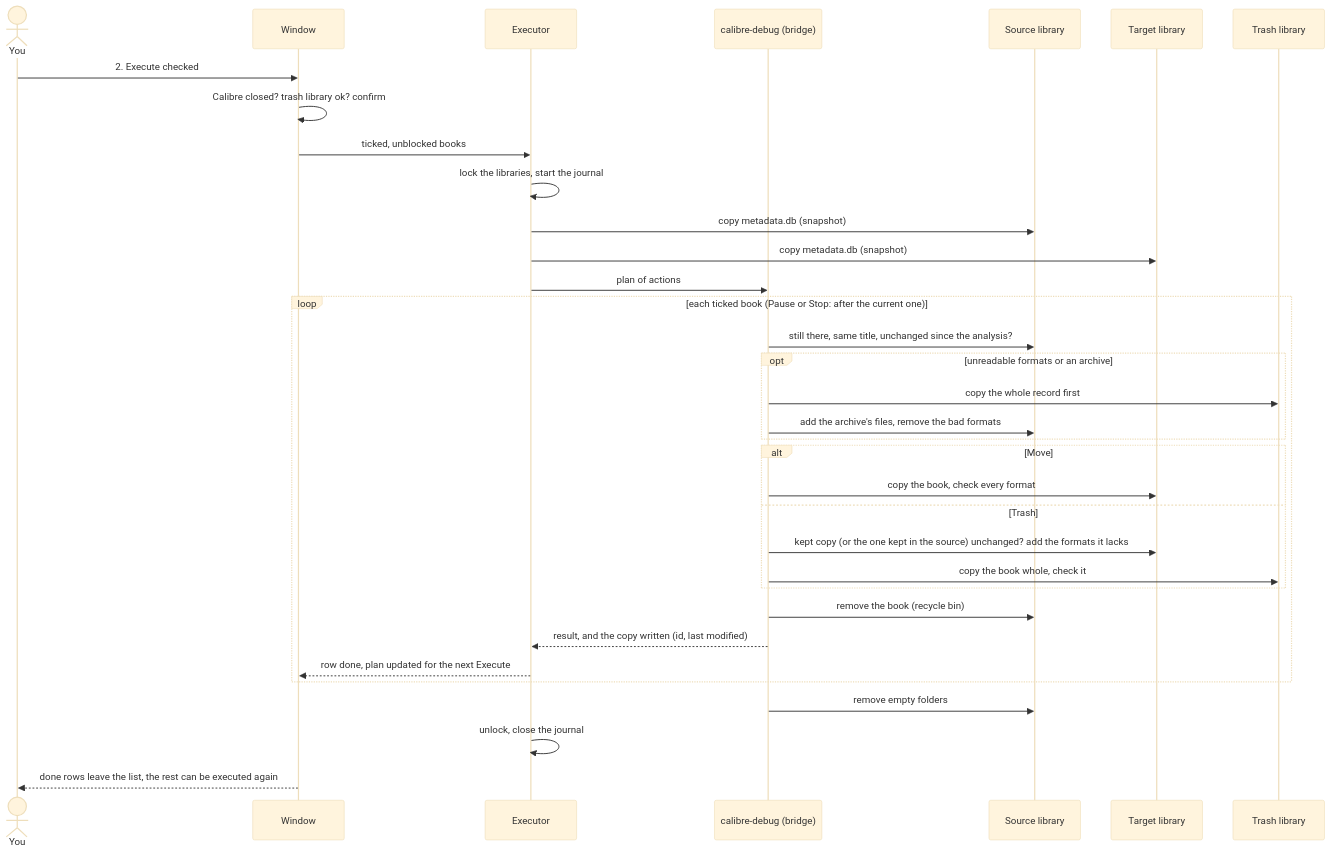
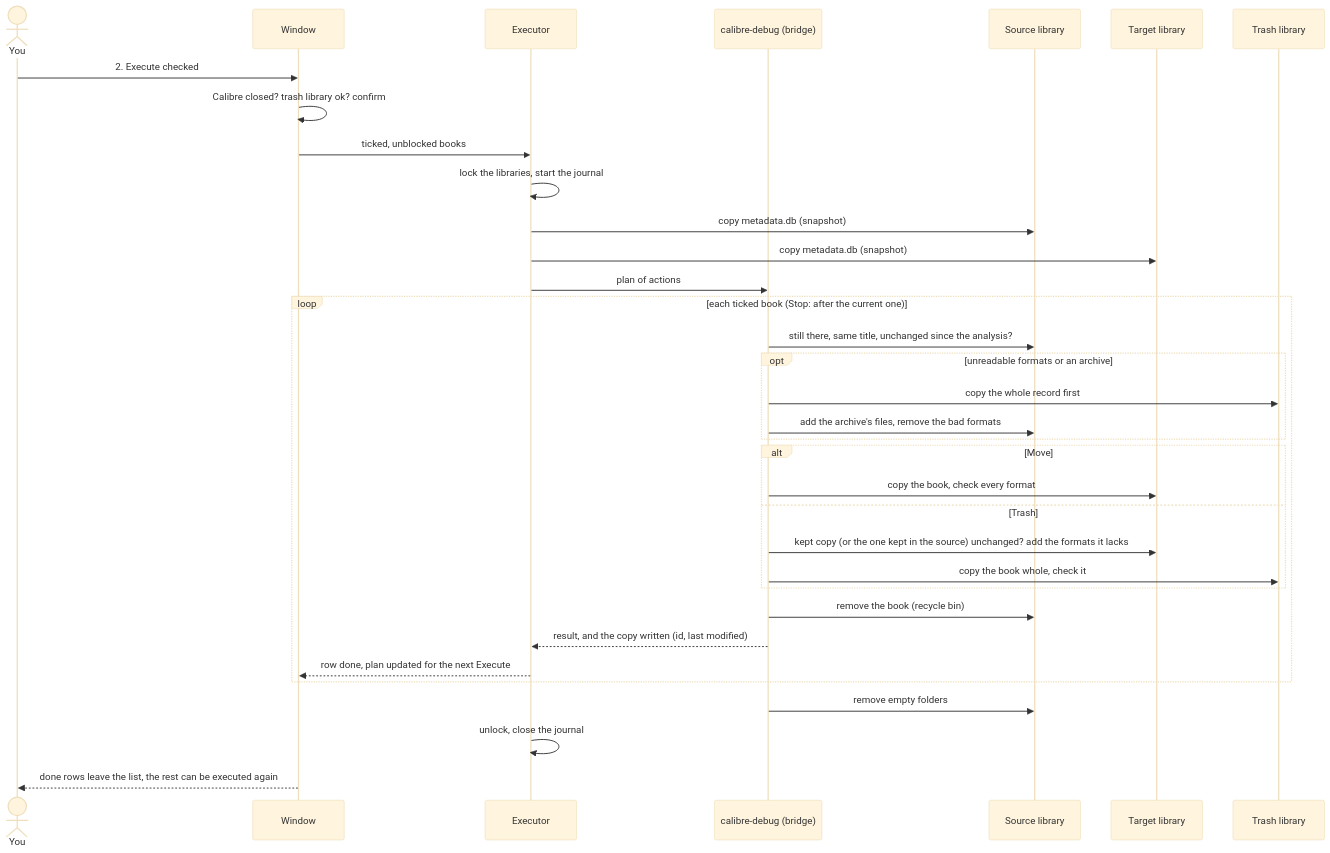
Before and after one commit to antonioromeolive/CalibreDedup: the third of 3 diagrams in README.md, drawn with Mermaid (base theme). The commit also changed other lines of this file and 14 other files, not shown here.

````diff
--- a/README.md
+++ b/README.md
@@ -300,36 +301,36 @@
 ```mermaid
 sequenceDiagram
     actor You
     participant W as Window
     participant E as Executor
     participant C as calibre-debug (bridge)
     participant S as Source library
     participant T as Target library
     participant X as Trash library
     You->>W: 2. Execute checked
     W->>W: Calibre closed? trash library ok? confirm
     W->>E: ticked, unblocked books
     E->>E: lock the libraries, start the journal
     E->>S: copy metadata.db (snapshot)
     E->>T: copy metadata.db (snapshot)
     E->>C: plan of actions
-    loop each ticked book (Pause or Stop: after the current one)
+    loop each ticked book (Stop: after the current one)
         C->>S: still there, same title, unchanged since the analysis?
         opt unreadable formats or an archive
             C->>X: copy the whole record first
             C->>S: add the archive's files, remove the bad formats
         end
         alt Move
             C->>T: copy the book, check every format
         else Trash
             C->>T: kept copy (or the one kept in the source) unchanged? add the formats it lacks
             C->>X: copy the book whole, check it
         end
         C->>S: remove the book (recycle bin)
         C-->>E: result, and the copy written (id, last modified)
         E-->>W: row done, plan updated for the next Execute
     end
     C->>S: remove empty folders
     E->>E: unlock, close the journal
     W-->>You: done rows leave the list, the rest can be executed again
 ```
````
